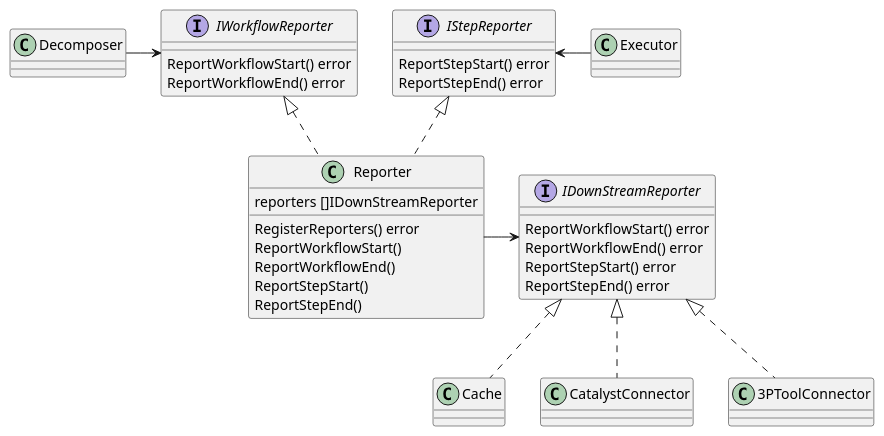
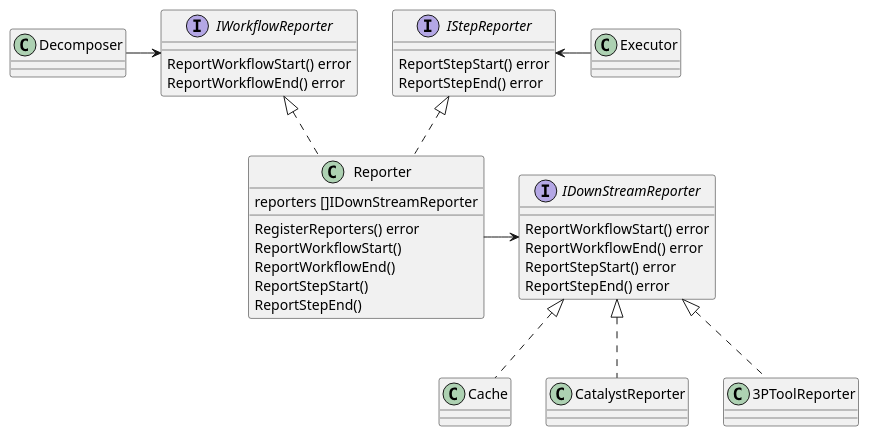
Before and after one commit to COSSAS/SOARCA: the first of 3 diagrams in docs/content/en/docs/core-components/reporting.md, drawn with PlantUML. The commit also changed other lines of this file, not shown here.

Commit message:
refine 3PT reporter and connector interactions documentation

````diff
--- a/docs/content/en/docs/core-components/reporting.md
+++ b/docs/content/en/docs/core-components/reporting.md
@@ -28,50 +28,50 @@
 ```plantuml
 @startuml
 set separator ::
 
 interface IStepReporter{
    ReportStepStart() error
    ReportStepEnd() error
 }
 
 interface IWorkflowReporter{
     ReportWorkflowStart() error
     ReportWorkflowEnd() error
 }
 
 
 interface IDownStreamReporter {
     ReportWorkflowStart() error
     ReportWorkflowEnd() error
 	ReportStepStart() error
 	ReportStepEnd() error
 }
 
 class Reporter {
     reporters []IDownStreamReporter
     RegisterReporters() error
     ReportWorkflowStart()
     ReportWorkflowEnd()
     ReportStepStart()
     ReportStepEnd()
 }
 
 class Cache
-class CatalystConnector
-class 3PToolConnector
+class CatalystReporter
+class 3PToolReporter
 
 class Decomposer
 class Executor
 
 Decomposer -right-> IWorkflowReporter
 Executor -left-> IStepReporter
 
 Reporter .up.|> IStepReporter
 Reporter .up.|> IWorkflowReporter
 Reporter -right-> IDownStreamReporter
 
 Cache .up.|> IDownStreamReporter
-CatalystConnector .up.|> IDownStreamReporter
-3PToolConnector .up.|> IDownStreamReporter
+CatalystReporter .up.|> IDownStreamReporter
+3PToolReporter .up.|> IDownStreamReporter
 
 ```
````
